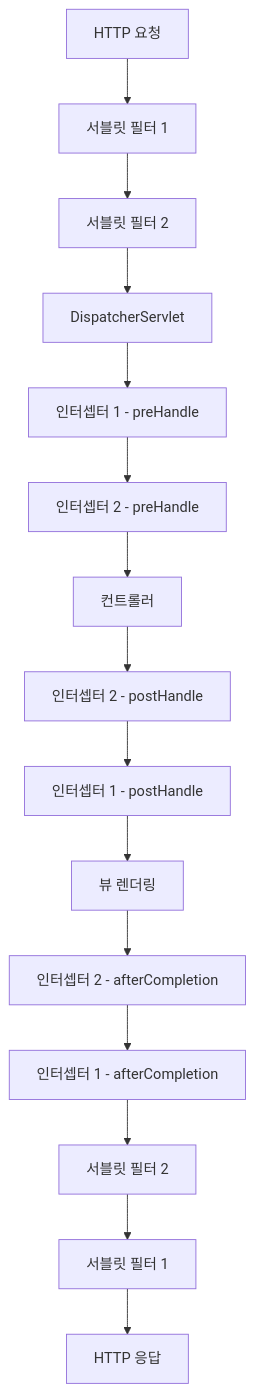
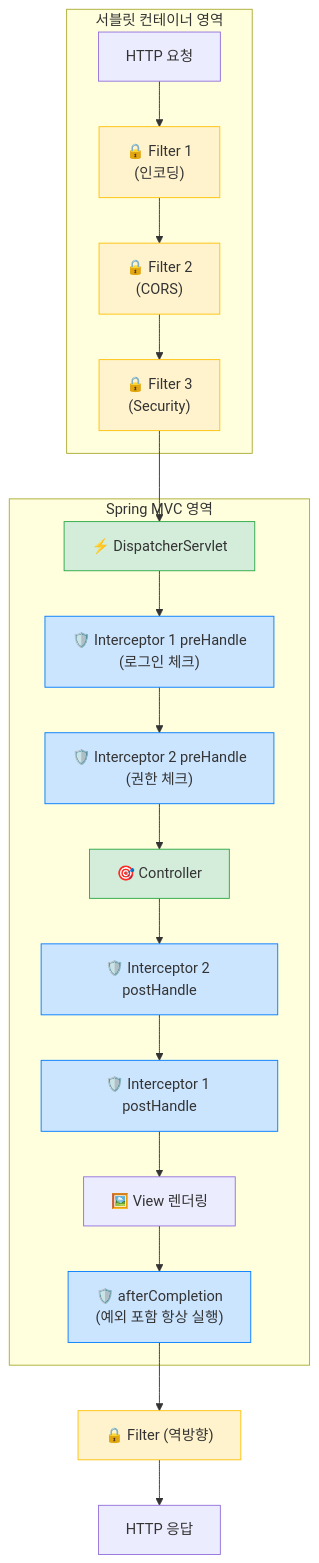
The seventh of 10 diagrams in _posts/spring/2026-05-02-spring-mvc-deep.md (yjkim2015/yjkim2015.github.io), drawn with Mermaid before and after one commit. The commit also changed other lines of this file and 32 other files, not shown here.

````diff
--- a/_posts/spring/2026-05-02-spring-mvc-deep.md
+++ b/_posts/spring/2026-05-02-spring-mvc-deep.md
@@ -355,17 +540,29 @@
 ```mermaid
 graph TD
-    A[HTTP 요청] --> B[서블릿 필터 1]
-    B --> C[서블릿 필터 2]
-    C --> D[DispatcherServlet]
-    D --> E[인터셉터 1 - preHandle]
-    E --> F[인터셉터 2 - preHandle]
-    F --> G[컨트롤러]
-    G --> H[인터셉터 2 - postHandle]
-    H --> I[인터셉터 1 - postHandle]
-    I --> J[뷰 렌더링]
-    J --> K[인터셉터 2 - afterCompletion]
-    K --> L[인터셉터 1 - afterCompletion]
-    L --> M[서블릿 필터 2]
-    M --> N[서블릿 필터 1]
-    N --> O[HTTP 응답]
+    subgraph "서블릿 컨테이너 영역"
+        A["HTTP 요청"] --> B["🔒 Filter 1\n(인코딩)"]
+        B --> C["🔒 Filter 2\n(CORS)"]
+        C --> D["🔒 Filter 3\n(Security)"]
+    end
+
+    subgraph "Spring MVC 영역"
+        D --> E["⚡ DispatcherServlet"]
+        E --> F["🛡️ Interceptor 1 preHandle\n(로그인 체크)"]
+        F --> G["🛡️ Interceptor 2 preHandle\n(권한 체크)"]
+        G --> H["🎯 Controller"]
+        H --> I["🛡️ Interceptor 2 postHandle"]
+        I --> J["🛡️ Interceptor 1 postHandle"]
+        J --> K["🖼️ View 렌더링"]
+        K --> L["🛡️ afterCompletion\n(예외 포함 항상 실행)"]
+    end
+
+    L --> M["🔒 Filter (역방향)"]
+    M --> N["HTTP 응답"]
+
+    classDef filter fill:#fff3cd,stroke:#ffc107
+    classDef interceptor fill:#cce5ff,stroke:#007bff
+    classDef spring fill:#d4edda,stroke:#28a745
+    class B,C,D,M filter
+    class F,G,I,J,L interceptor
+    class E,H spring
 ```
````
